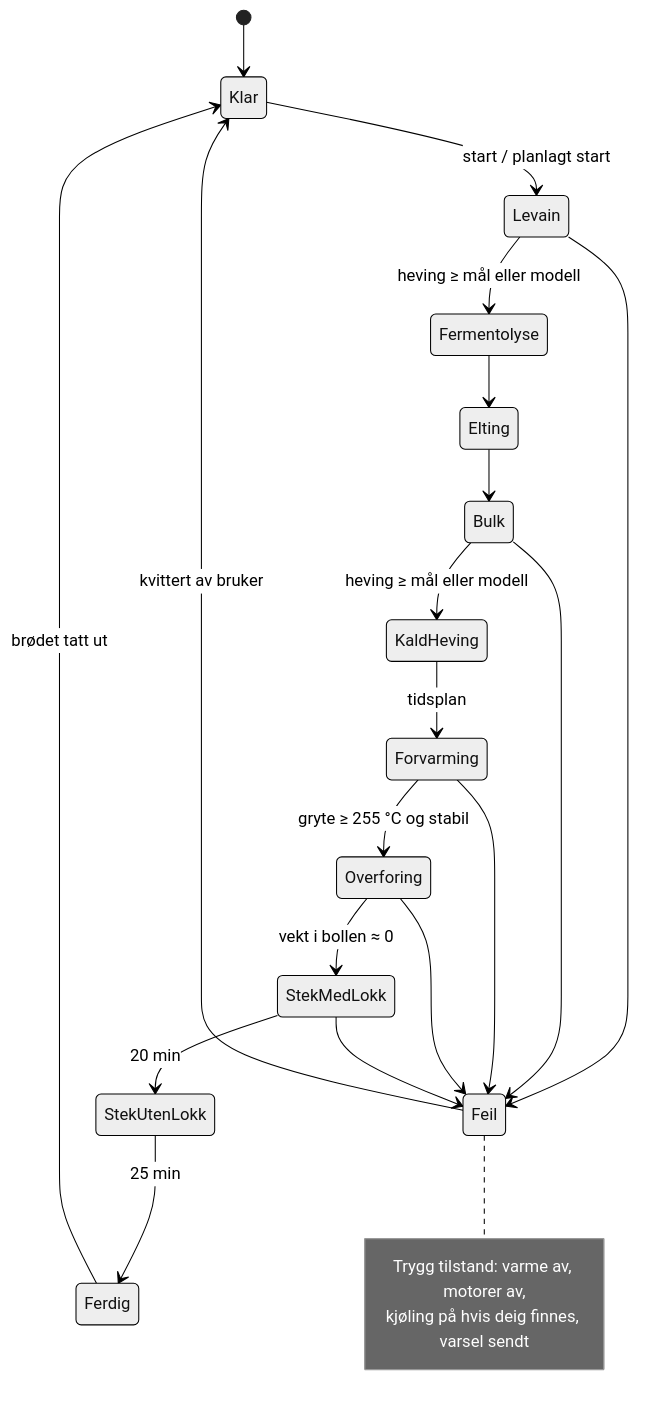
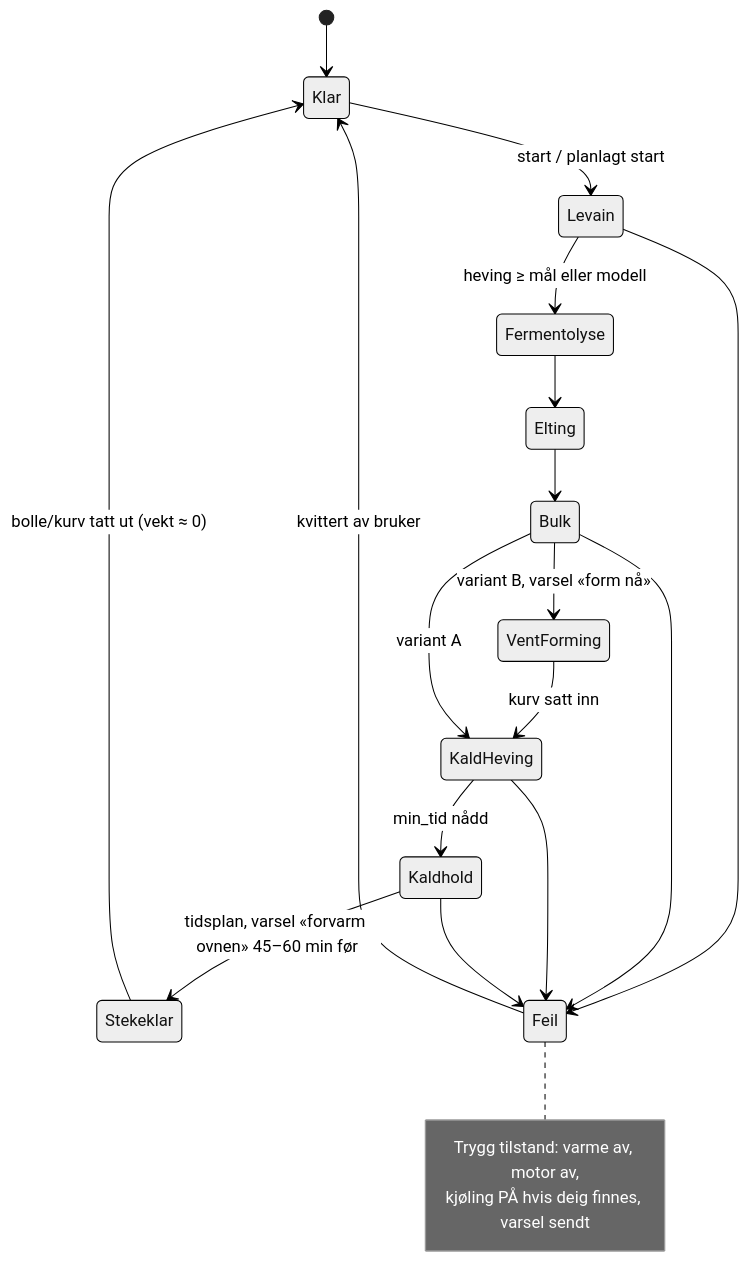
The third of 3 diagrams in docs/07-arkitektur.md (erikhafnor/surdeigsbaker), drawn with Mermaid (neutral theme) before and after one commit. The commit also changed other lines of this file and 18 other files, not shown here.

````diff
--- a/docs/07-arkitektur.md
+++ b/docs/07-arkitektur.md
@@ -126,25 +119,23 @@
 ```mermaid
 stateDiagram-v2
   [*] --> Klar
   Klar --> Levain: start / planlagt start
   Levain --> Fermentolyse: heving ≥ mål eller modell
   Fermentolyse --> Elting
   Elting --> Bulk
-  Bulk --> KaldHeving: heving ≥ mål eller modell
-  KaldHeving --> Forvarming: tidsplan
-  Forvarming --> Overforing: gryte ≥ 255 °C og stabil
-  Overforing --> StekMedLokk: vekt i bollen ≈ 0
-  StekMedLokk --> StekUtenLokk: 20 min
-  StekUtenLokk --> Ferdig: 25 min
-  Ferdig --> Klar: brødet tatt ut
+  Bulk --> VentForming: variant B, varsel «form nå»
+  VentForming --> KaldHeving: kurv satt inn
+  Bulk --> KaldHeving: variant A
+  KaldHeving --> Kaldhold: min_tid nådd
+  Kaldhold --> Stekeklar: tidsplan, varsel «forvarm ovnen» 45–60 min før
+  Stekeklar --> Klar: bolle/kurv tatt ut (vekt ≈ 0)
   Levain --> Feil
   Bulk --> Feil
-  Forvarming --> Feil
-  Overforing --> Feil
-  StekMedLokk --> Feil
+  KaldHeving --> Feil
+  Kaldhold --> Feil
   Feil --> Klar: kvittert av bruker
   note right of Feil
-    Trygg tilstand: varme av, motorer av,
-    kjøling på hvis deig finnes, varsel sendt
+    Trygg tilstand: varme av, motor av,
+    kjøling PÅ hvis deig finnes, varsel sendt
   end note
 ```
````
